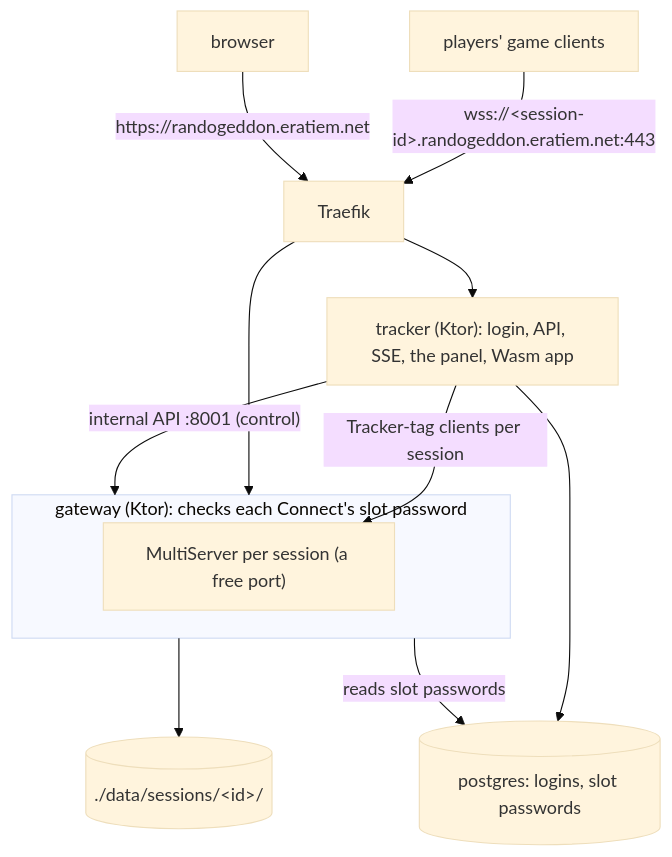
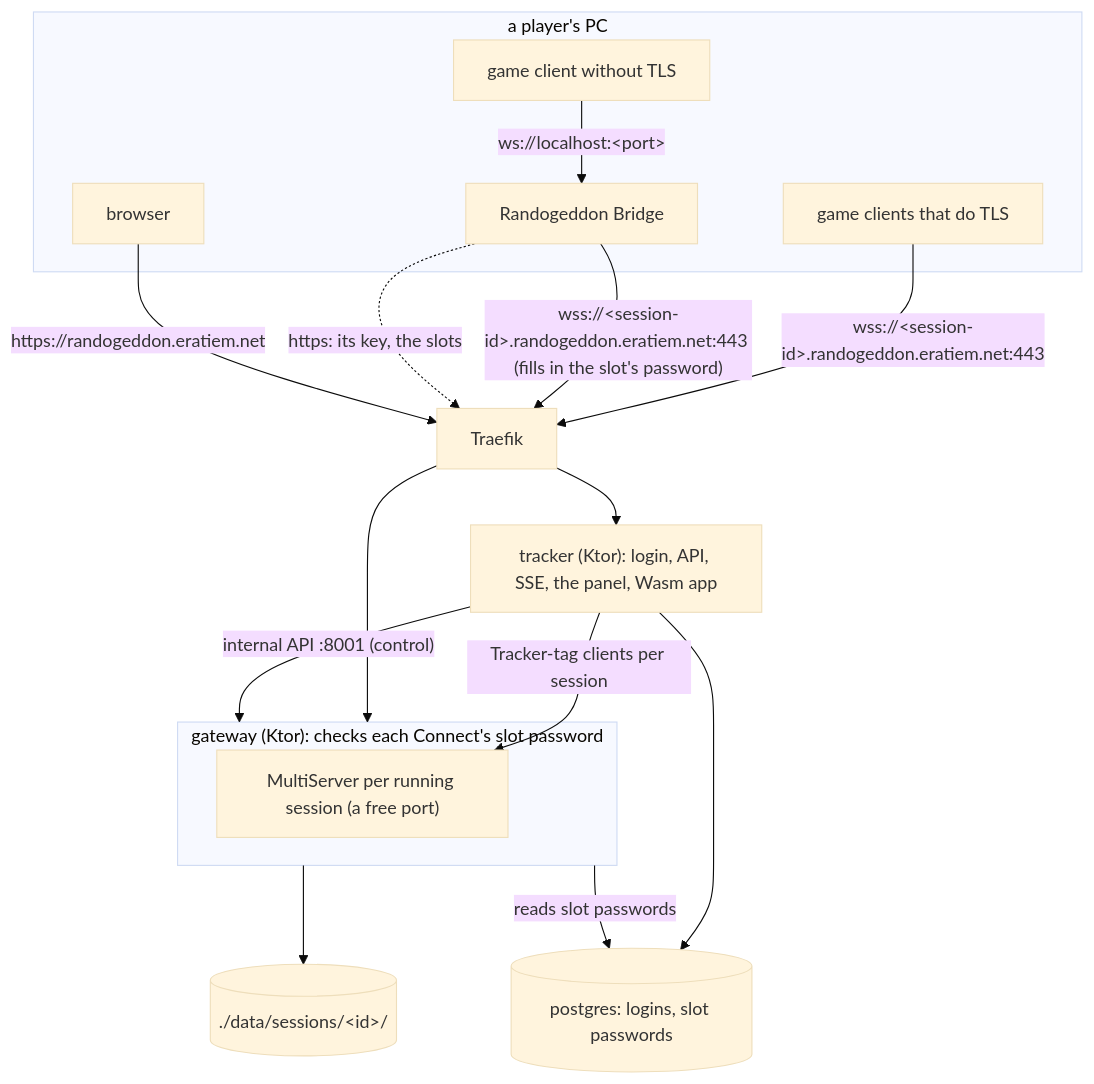
The first of 3 diagrams in README.md (EraTiem-Network/Randogeddon), drawn with Mermaid (base theme) before and after one commit. The commit also changed other lines of this file, not shown here.

Commit message:
docs | Sessions and their game servers: how one is created and a game server's life; the bridge in the first diagram

````diff
--- a/README.md
+++ b/README.md
@@ -17,16 +17,23 @@
 ```mermaid
 flowchart TB
-  clients["players' game clients"] -- "wss://#lt;session-id#gt;.randogeddon.eratiem.net:443" --> traefik
+  subgraph pc ["a player's PC"]
+    clients["game clients that do TLS"]
+    plain["game client without TLS"] -- "ws://localhost:#lt;port#gt;" --> bridge["Randogeddon Bridge"]
+    browser
+  end
+  clients -- "wss://#lt;session-id#gt;.randogeddon.eratiem.net:443" --> traefik
+  bridge -- "wss://#lt;session-id#gt;.randogeddon.eratiem.net:443 (fills in the slot's password)" --> traefik
+  bridge -. "https: its key, the slots" .-> traefik
   browser -- "https://randogeddon.eratiem.net" --> traefik
   traefik[Traefik] --> gateway
   traefik --> tracker
   subgraph gateway ["gateway (Ktor): checks each Connect's slot password"]
-    multiserver["MultiServer per session (a free port)"]
+    multiserver["MultiServer per running session (a free port)"]
   end
   tracker["tracker (Ktor): login, API, SSE, the panel, Wasm app"]
   tracker -- "internal API :8001 (control)" --> gateway
   tracker -- "Tracker-tag clients per session" --> multiserver
   gateway --> sessions[("./data/sessions/#lt;id#gt;/")]
   gateway -- "reads slot passwords" --> postgres[("postgres: logins, slot passwords")]
   tracker --> postgres
 ```
````
